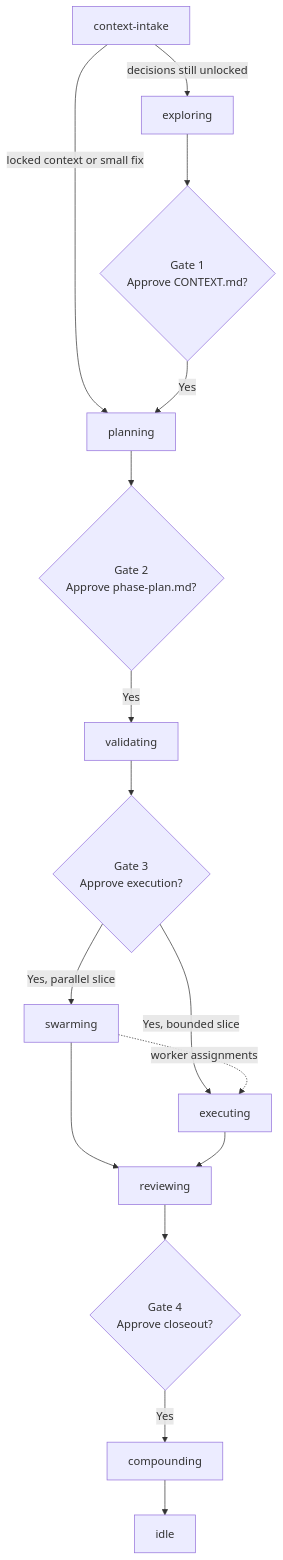
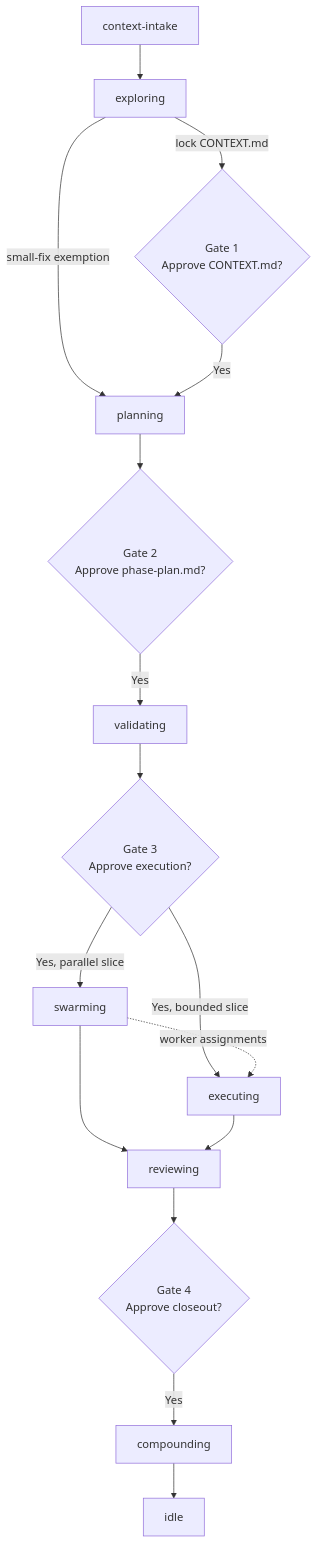
Before and after one commit to Huy-04/beer-skills: the diagram in skills/workflow/feature/using-beer/SKILL.md, drawn with Mermaid. The commit also changed other lines of this file and 101 other files, not shown here.

````diff
--- a/skills/workflow/feature/using-beer/SKILL.md
+++ b/skills/workflow/feature/using-beer/SKILL.md
@@ -150,18 +150,18 @@
 ```mermaid
 flowchart TD
-    CC[context-intake] -->|locked context or small fix| PL[planning]
-    CC -->|decisions still unlocked| EX[exploring]
-    EX --> G1{Gate 1<br/>Approve CONTEXT.md?}
+    CC[context-intake] --> EX[exploring]
+    EX -->|small-fix exemption| PL[planning]
+    EX -->|lock CONTEXT.md| G1{Gate 1<br/>Approve CONTEXT.md?}
     G1 -->|Yes| PL
     PL --> G2{Gate 2<br/>Approve phase-plan.md?}
     G2 -->|Yes| VA[validating]
     VA --> G3{Gate 3<br/>Approve execution?}
     G3 -->|Yes, parallel slice| SW[swarming]
     G3 -->|Yes, bounded slice| EW[executing]
     SW -. worker assignments .-> EW
     SW --> RV[reviewing]
     EW --> RV[reviewing]
     RV --> G4{Gate 4<br/>Approve closeout?}
     G4 -->|Yes| CO[compounding]
     CO --> IDLE[idle]
 ```
````
